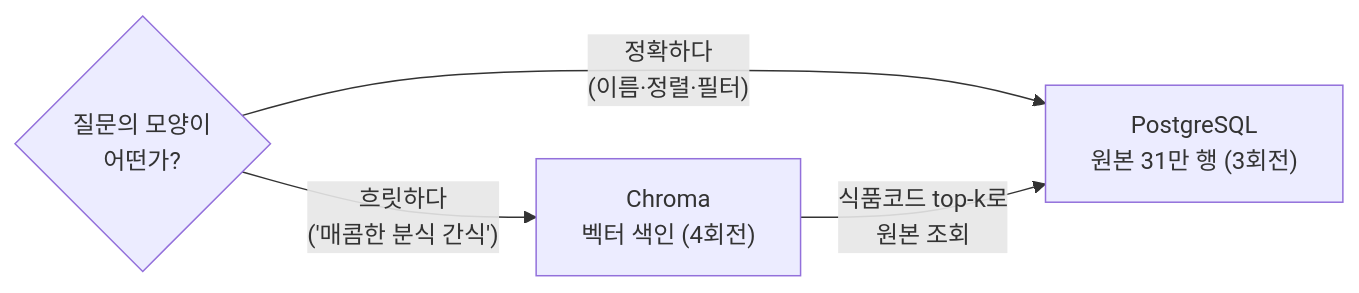
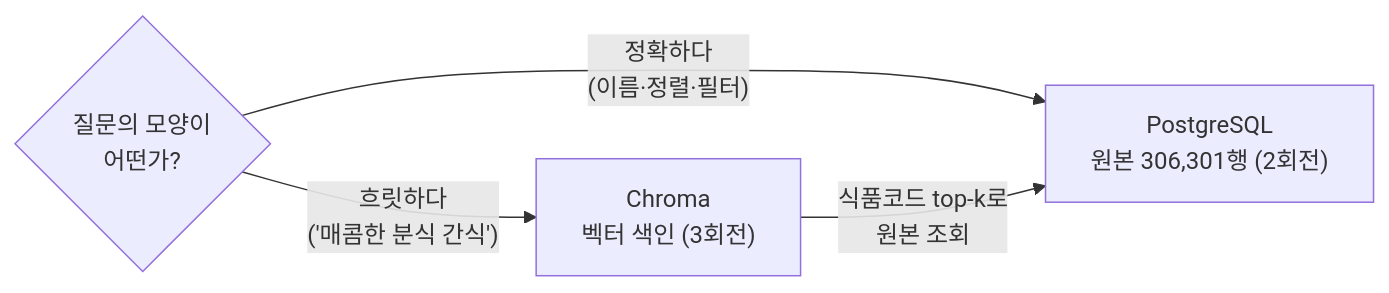
The second of 2 diagrams in site/src/content/courses/ko/session-04/index.mdx (2026-ai-service-engineering-a/ai_service_engineering-track_a), drawn with Mermaid before and after one commit. The commit also changed other lines of this file, not shown here.

````diff
--- a/site/src/content/courses/ko/session-04/index.mdx
+++ b/site/src/content/courses/ko/session-04/index.mdx
@@ -140,6 +149,6 @@
 ```mermaid
 flowchart LR
-    Q{"질문의 모양이<br/>어떤가?"} -- "정확하다<br/>(이름·정렬·필터)" --> PG["PostgreSQL<br/>원본 31만 행 (3회전)"]
-    Q -- "흐릿하다<br/>('매콤한 분식 간식')" --> CH["Chroma<br/>벡터 색인 (4회전)"]
+    Q{"질문의 모양이<br/>어떤가?"} -- "정확하다<br/>(이름·정렬·필터)" --> PG["PostgreSQL<br/>원본 306,301행 (2회전)"]
+    Q -- "흐릿하다<br/>('매콤한 분식 간식')" --> CH["Chroma<br/>벡터 색인 (3회전)"]
     CH -- "식품코드 top-k로<br/>원본 조회" --> PG
 ```
````
